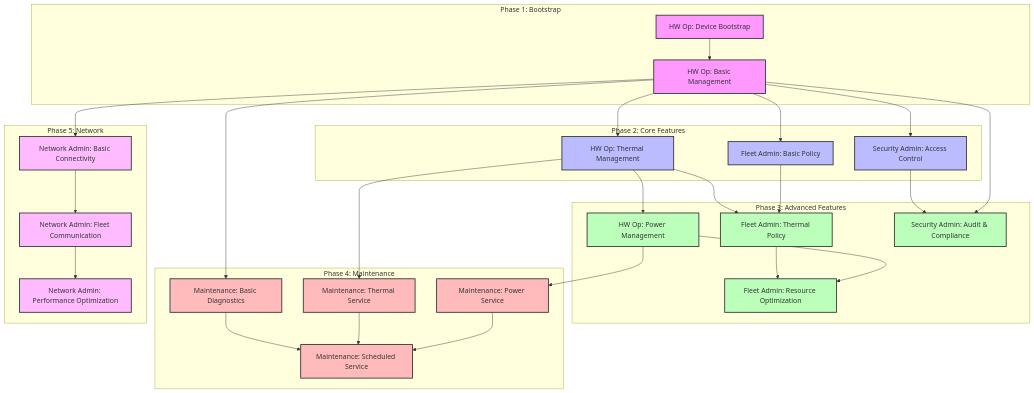
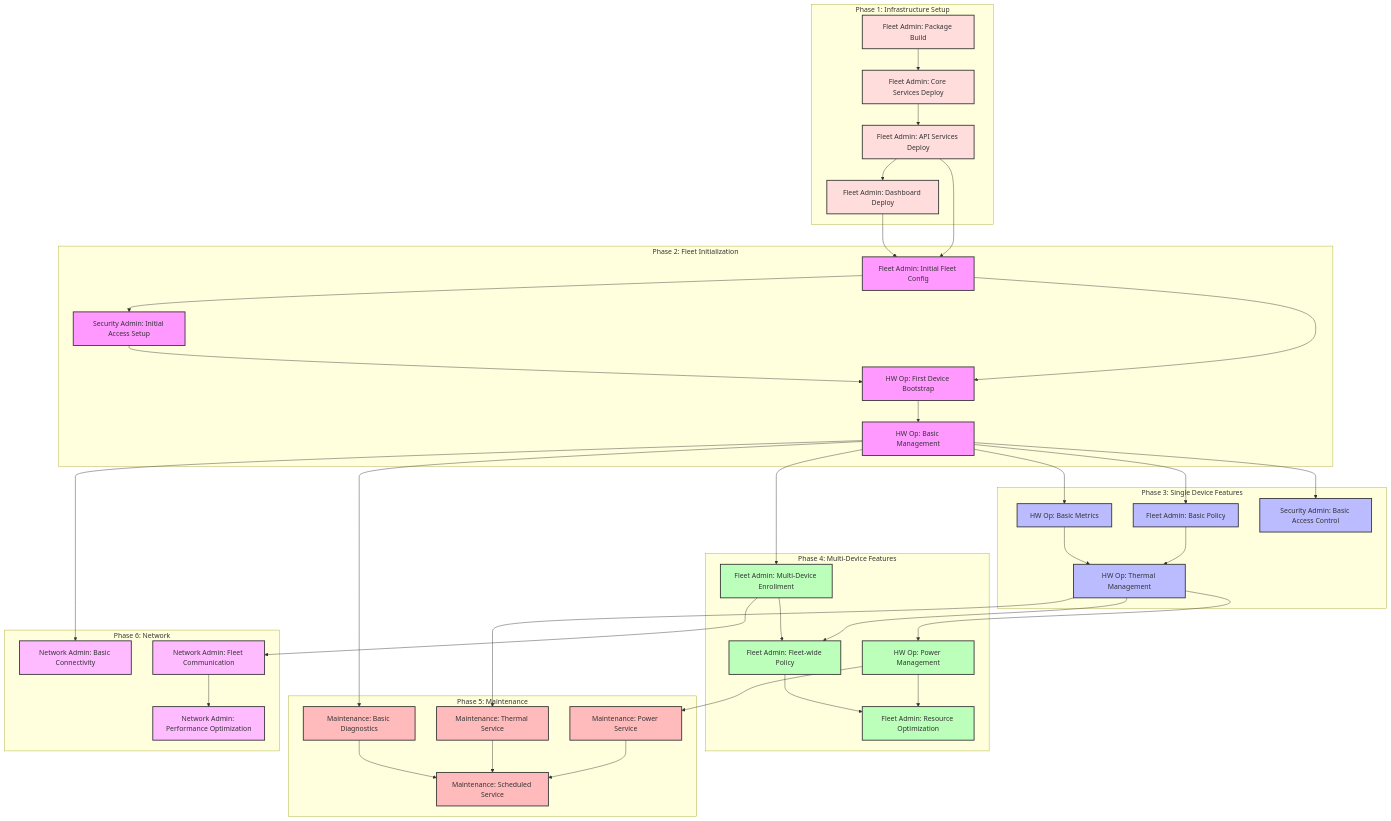
One commit to wrale/wrale-fleet changed the diagram in docs/persona/journey-dag.md. Above: the diagram before and after it, drawn with Mermaid. The commit also changed other lines of this file and 1 other file, not shown here.

Commit message:
Fix journey docs

````diff
--- a/docs/persona/journey-dag.md
+++ b/docs/persona/journey-dag.md
@@ -7,81 +7,106 @@
 ```mermaid
 flowchart TD
-    %% Basic Setup & Enrollment
-    A[HW Op: Device Bootstrap] --> B[HW Op: Basic Management]
+    %% Infrastructure Setup
+    A[Fleet Admin: Package Build] --> B[Fleet Admin: Core Services Deploy]
+    B --> C[Fleet Admin: API Services Deploy]
+    C --> D[Fleet Admin: Dashboard Deploy]
     
-    %% Core Management
-    B --> C[HW Op: Thermal Management]
-    B --> D[Fleet Admin: Basic Policy]
-    B --> E[Security Admin: Access Control]
+    %% Initial Fleet Setup
+    D --> E[Fleet Admin: Initial Fleet Config]
+    C --> E
+    E --> F[Security Admin: Initial Access Setup]
+
+    %% First Device
+    F --> G[HW Op: First Device Bootstrap]
+    E --> G
+    G --> H[HW Op: Basic Management]
+    
+    %% Basic Features with One Device
+    H --> I[HW Op: Basic Metrics]
+    H --> J[Fleet Admin: Basic Policy]
+    H --> K[Security Admin: Basic Access Control]
+    
+    %% Core Features
+    I --> L[HW Op: Thermal Management]
+    J --> L
+    
+    %% Multi-Device
+    H --> M[Fleet Admin: Multi-Device Enrollment]
+    M --> N[Fleet Admin: Fleet-wide Policy]
+    L --> N
     
     %% Advanced Features
-    C --> F[HW Op: Power Management]
-    C --> G[Fleet Admin: Thermal Policy]
-    D --> G
+    L --> O[HW Op: Power Management]
+    N --> P[Fleet Admin: Resource Optimization]
+    O --> P
     
-    %% Fleet-wide Features
-    G --> H[Fleet Admin: Resource Optimization]
-    F --> H
-    
-    %% Security Features
-    E --> I[Security Admin: Audit & Compliance]
-    B --> I
-    
-    %% Maintenance
-    B --> J[Maintenance: Basic Diagnostics]
-    C --> K[Maintenance: Thermal Service]
-    F --> L[Maintenance: Power Service]
-    J --> M[Maintenance: Scheduled Service]
-    K --> M
-    L --> M
+    %% Service Management
+    H --> Q[Maintenance: Basic Diagnostics]
+    L --> R[Maintenance: Thermal Service]
+    O --> S[Maintenance: Power Service]
+    Q --> T[Maintenance: Scheduled Service]
+    R --> T
+    S --> T
     
     %% Network Features
-    B --> N[Network Admin: Basic Connectivity]
-    N --> O[Network Admin: Fleet Communication]
-    O --> P[Network Admin: Performance Optimization]
+    H --> U[Network Admin: Basic Connectivity]
+    M --> V[Network Admin: Fleet Communication]
+    V --> W[Network Admin: Performance Optimization]
     
     %% Visual grouping
-    subgraph Bootstrap ["Phase 1: Bootstrap"]
+    subgraph Infrastructure ["Phase 1: Infrastructure Setup"]
         A
         B
+        C
+        D
     end
     
-    subgraph Core ["Phase 2: Core Features"]
-        C
-        D
+    subgraph FleetInit ["Phase 2: Fleet Initialization"]
         E
-    end
-    
-    subgraph Advanced ["Phase 3: Advanced Features"]
         F
         G
         H
-        I
     end
     
-    subgraph Maintenance ["Phase 4: Maintenance"]
+    subgraph SingleDevice ["Phase 3: Single Device Features"]
+        I
         J
         K
         L
-        M
     end
     
-    subgraph Network ["Phase 5: Network"]
+    subgraph MultiDevice ["Phase 4: Multi-Device Features"]
+        M
         N
         O
         P
     end
+    
+    subgraph Maintenance ["Phase 5: Maintenance"]
+        Q
+        R
+        S
+        T
+    end
+    
+    subgraph Network ["Phase 6: Network"]
+        U
+        V
+        W
+    end
 
     %% Styling
-    classDef bootstrap fill:#f9f,stroke:#333,stroke-width:2px
-    classDef core fill:#bbf,stroke:#333,stroke-width:2px
-    classDef advanced fill:#bfb,stroke:#333,stroke-width:2px
+    classDef infrastructure fill:#fdd,stroke:#333,stroke-width:2px
+    classDef fleetInit fill:#f9f,stroke:#333,stroke-width:2px
+    classDef singleDevice fill:#bbf,stroke:#333,stroke-width:2px
+    classDef multiDevice fill:#bfb,stroke:#333,stroke-width:2px
     classDef maintenance fill:#fbb,stroke:#333,stroke-width:2px
     classDef network fill:#fbf,stroke:#333,stroke-width:2px
     
-    class A,B bootstrap
-    class C,D,E core
-    class F,G,H,I advanced
-    class J,K,L,M maintenance
-    class N,O,P network
+    class A,B,C,D infrastructure
+    class E,F,G,H fleetInit
+    class I,J,K,L singleDevice
+    class M,N,O,P multiDevice
+    class Q,R,S,T maintenance
+    class U,V,W network
 ```
````
